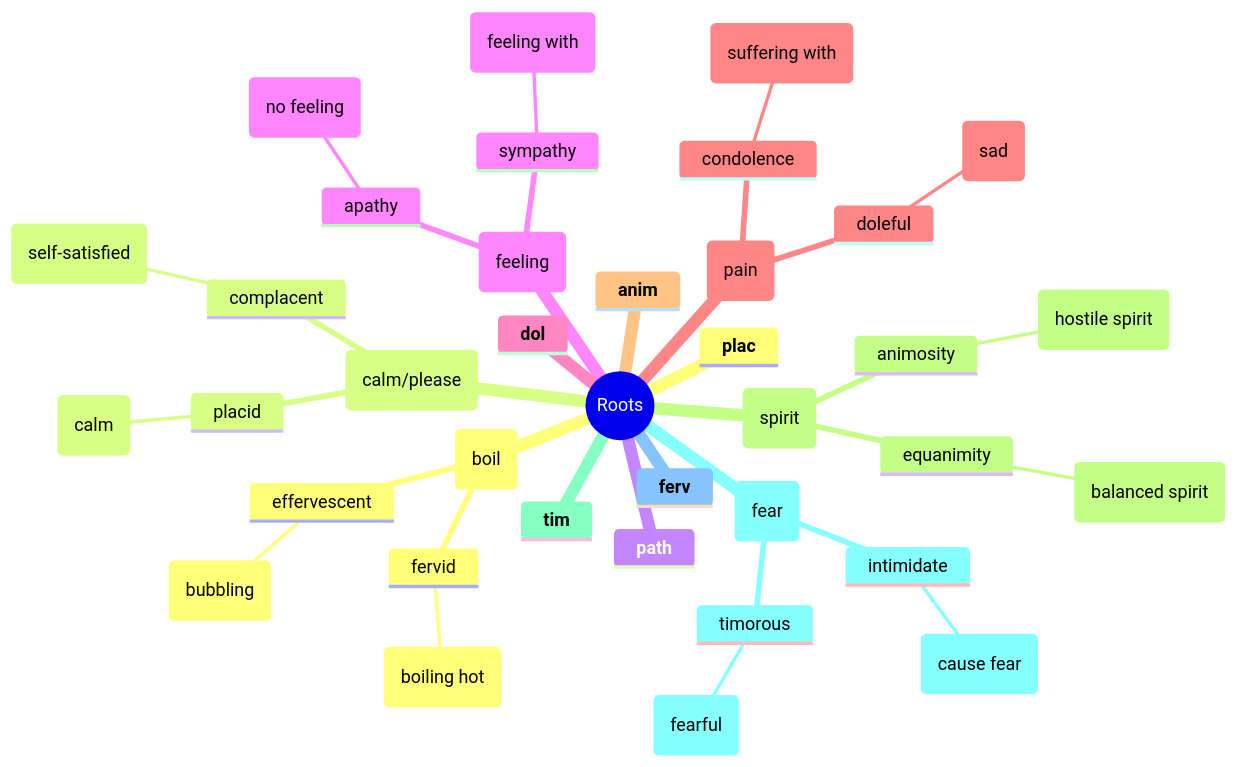
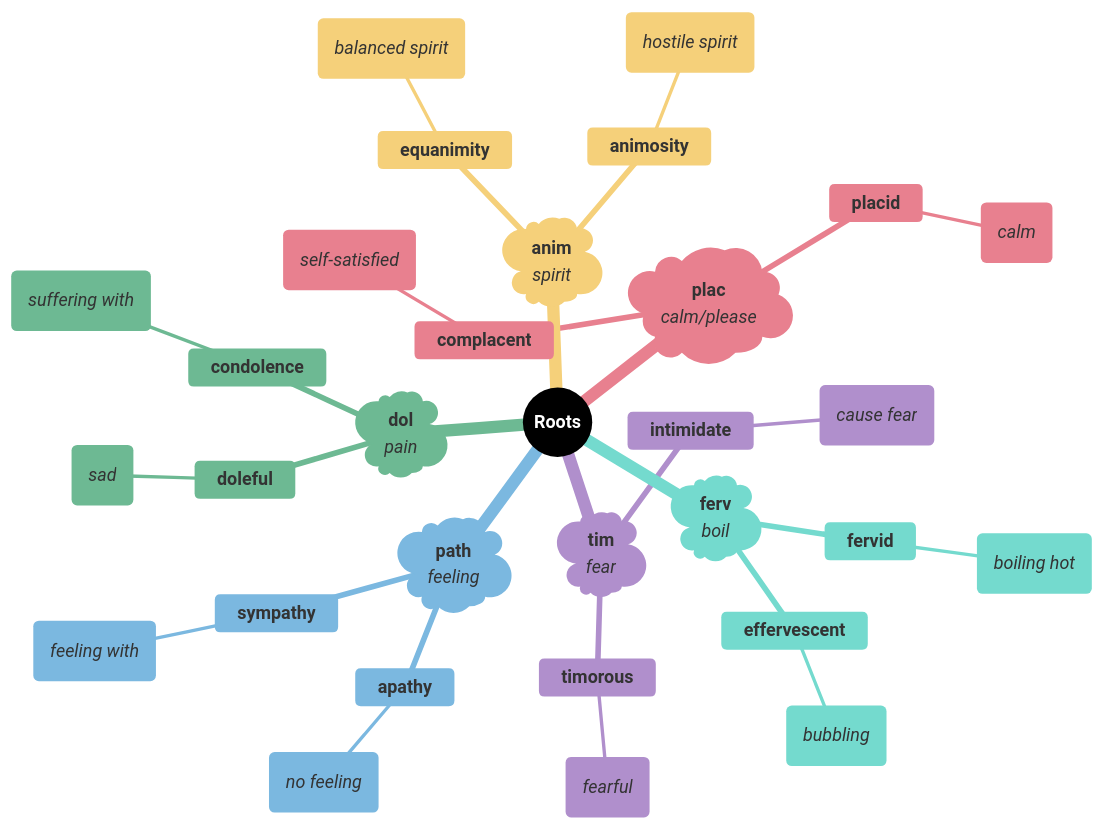
One commit to 95anantsingh/gre-preparation changed the ninth of 9 diagrams in mindmaps/07-emotion-and-feeling.md. Above: the diagram before and after it, drawn with Mermaid. The commit also changed other lines of this file and 14 other files, not shown here.

````diff
--- a/mindmaps/07-emotion-and-feeling.md
+++ b/mindmaps/07-emotion-and-feeling.md
@@ -333,40 +501,53 @@
 ```mermaid
+%%{
+  init: {
+    "theme": "base",
+    "themeVariables": {
+      "primaryColor": "#000000",
+      "cScale1": "#e8808f",  "cScaleInv1": "#a33445",
+      "cScale2": "#7bb8e0",  "cScaleInv2": "#266a93",
+      "cScale3": "#6db993",  "cScaleInv3": "#23543f",
+      "cScale4": "#f5d07a",  "cScaleInv4": "#c4903b",
+      "cScale5": "#b08fcc",  "cScaleInv5": "#5d3b75",
+      "cScale6": "#74dace",  "cScaleInv6": "#217d72",
+      "cScale7": "#f09570",  "cScaleInv7": "#b84112",
+      "cScale8": "#8ea8c2",  "cScaleInv8": "#32465e",
+      "cScale9": "#cc7fba",  "cScaleInv9": "#7d2868",
+      "cScale10": "#c99a78", "cScaleInv10": "#7c4e32",
+      "cScale11": "#a3a3a3", "cScaleInv11": "#3d3d3d"
+    }
+  }
+}%%
 mindmap
-  root((Roots))
-    **plac**
-    (calm/please)
-      placid
-        (calm)
-      complacent
-        (self-satisfied)
-    **path**
-    (feeling)
-      apathy
-        (no feeling)
-      sympathy
-        (feeling with)
-    **dol**
-    (pain)
-      doleful
-        (sad)
-      condolence
-        (suffering with)
-    **anim**
-    (spirit)
-      equanimity
-        (balanced spirit)
-      animosity
-        (hostile spirit)
-    **tim**
-    (fear)
-      timorous
-        (fearful)
-      intimidate
-        (cause fear)
-    **ferv**
-    (boil)
-      fervid
-        (boiling hot)
-      effervescent
-        (bubbling)
+  root((<font color=white>**Roots**</font>))
+    )**plac**</br>_calm/please_(
+      **placid**
+        (_calm_)
+      **complacent**
+        (_self-satisfied_)
+    )**path**</br>_feeling_(
+      **apathy**
+        (_no feeling_)
+      **sympathy**
+        (_feeling with_)
+    )**dol**</br>_pain_(
+      **doleful**
+        (_sad_)
+      **condolence**
+        (_suffering with_)
+    )**anim**</br>_spirit_(
+      **equanimity**
+        (_balanced spirit_)
+      **animosity**
+        (_hostile spirit_)
+    )**tim**</br>_fear_(
+      **timorous**
+        (_fearful_)
+      **intimidate**
+        (_cause fear_)
+    )**ferv**</br>_boil_(
+      **fervid**
+        (_boiling hot_)
+      **effervescent**
+        (_bubbling_)
 ```
````
